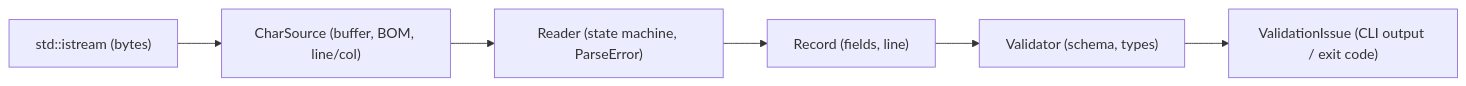
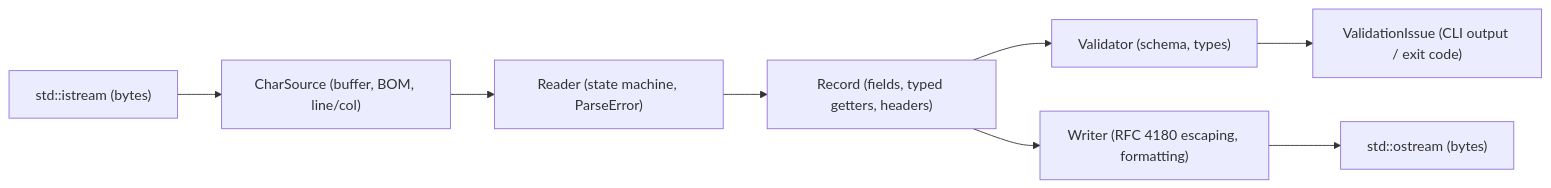
The diagram in docs/architecture.md (Bhuvi16-sys/StreamCSV), drawn with Mermaid before and after one commit. The commit also changed other lines of this file and 14 other files, not shown here.

````diff
--- a/docs/architecture.md
+++ b/docs/architecture.md
@@ -7,8 +7,10 @@
 ```mermaid
 flowchart LR
     A["std::istream (bytes)"] --> B["CharSource (buffer, BOM, line/col)"]
     B --> C["Reader (state machine, ParseError)"]
-    C --> D["Record (fields, line)"]
+    C --> D["Record (fields, typed getters, headers)"]
     D --> E["Validator (schema, types)"]
     E --> F["ValidationIssue (CLI output / exit code)"]
+    D --> G["Writer (RFC 4180 escaping, formatting)"]
+    G --> H["std::ostream (bytes)"]
 ```
````
